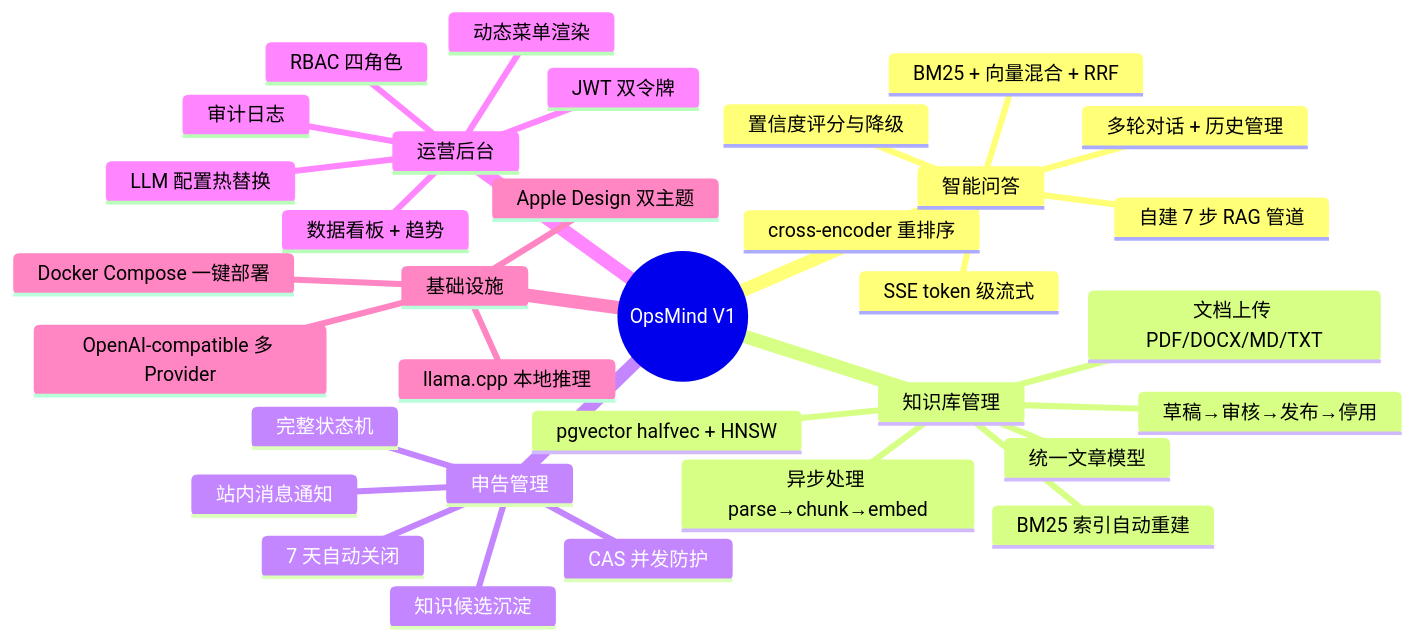
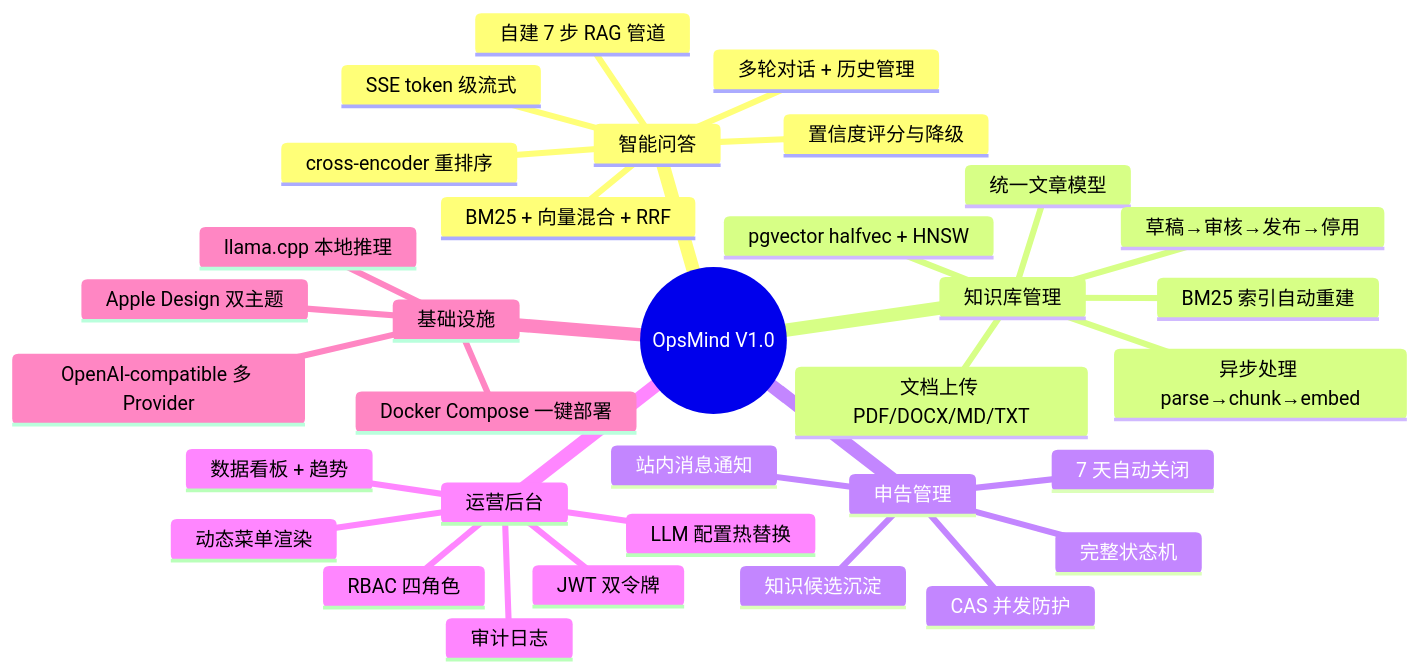
Before and after one commit to int2t05/Cognik: the second of 9 diagrams in docs/ROADMAP.md, drawn with Mermaid. The commit also changed other lines of this file and 79 other files, not shown here.

First line of the commit message:
docs: ROADMAP 细化 V1.1-V1.4 版本规划 (#15)

````diff
--- a/docs/ROADMAP.md
+++ b/docs/ROADMAP.md
@@ -17,36 +39,36 @@
 ```mermaid
 mindmap
-  root((OpsMind V1))
+  root((OpsMind V1.0))
     智能问答
       自建 7 步 RAG 管道
       BM25 + 向量混合 + RRF
       cross-encoder 重排序
       SSE token 级流式
       多轮对话 + 历史管理
       置信度评分与降级
     知识库管理
       统一文章模型
       草稿→审核→发布→停用
       文档上传 PDF/DOCX/MD/TXT
       异步处理 parse→chunk→embed
       pgvector halfvec + HNSW
       BM25 索引自动重建
     申告管理
       完整状态机
       7 天自动关闭
       CAS 并发防护
       知识候选沉淀
       站内消息通知
     运营后台
       RBAC 四角色
       JWT 双令牌
       动态菜单渲染
       数据看板 + 趋势
       审计日志
       LLM 配置热替换
     基础设施
       Docker Compose 一键部署
       llama.cpp 本地推理
       OpenAI-compatible 多 Provider
       Apple Design 双主题
 ```
````
